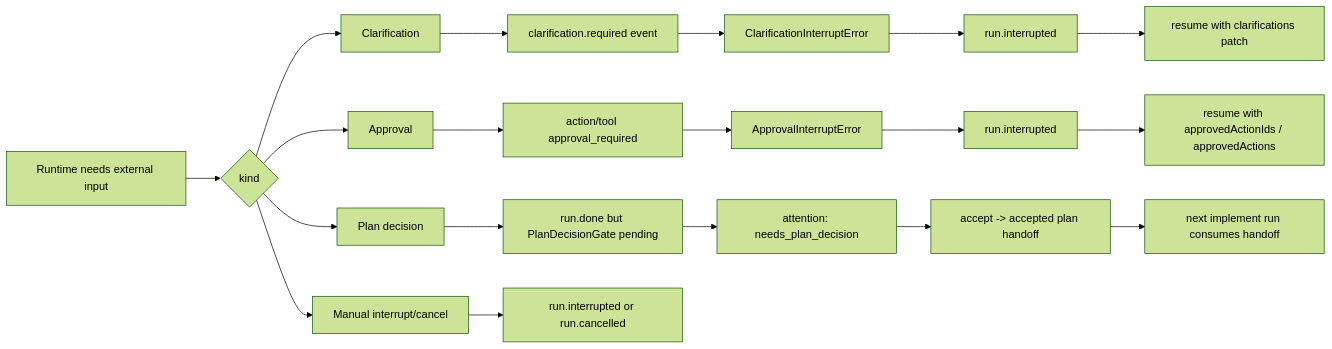
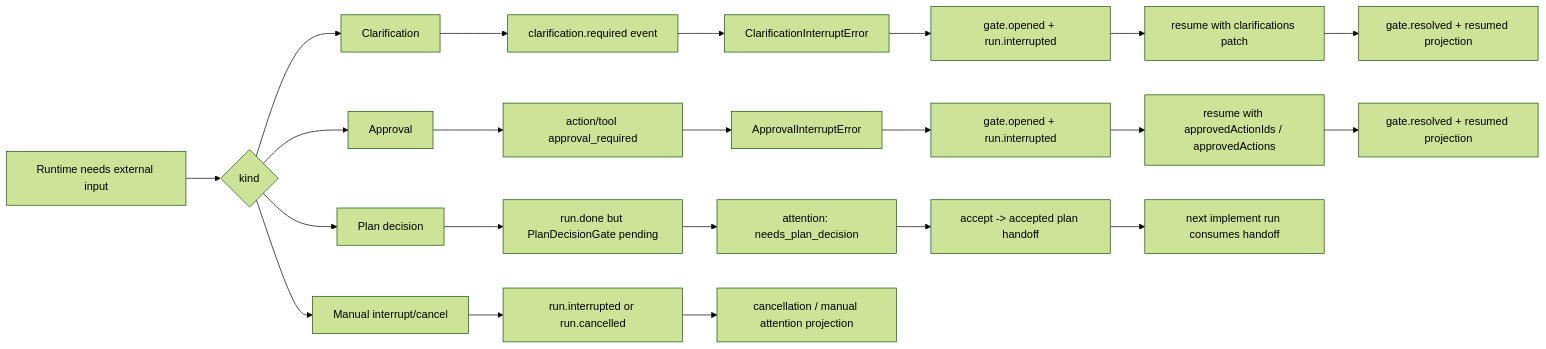
Before and after one commit to cemeworm/Ora: the fifth of 5 diagrams in docs/ora-runtime-loop.md, drawn with Mermaid (forest theme). The commit also changed other lines of this file and 1 other file, not shown here.

First line of the commit message:
docs: document Task Flow compatibility layer in runtime loop docs

````diff
--- a/docs/ora-runtime-loop.md
+++ b/docs/ora-runtime-loop.md
@@ -183,25 +225,28 @@
 ```mermaid
 flowchart LR
   A["Runtime needs external input"] --> B{"kind"}
   B --> C["Clarification"]
   B --> D["Approval"]
   B --> E["Plan decision"]
   B --> F["Manual interrupt/cancel"]
 
   C --> C1["clarification.required event"]
   C1 --> C2["ClarificationInterruptError"]
-  C2 --> C3["run.interrupted"]
+  C2 --> C3["gate.opened + run.interrupted"]
   C3 --> C4["resume with clarifications patch"]
+  C4 --> C5["gate.resolved + resumed projection"]
 
   D --> D1["action/tool approval_required"]
   D1 --> D2["ApprovalInterruptError"]
-  D2 --> D3["run.interrupted"]
+  D2 --> D3["gate.opened + run.interrupted"]
   D3 --> D4["resume with approvedActionIds / approvedActions"]
+  D4 --> D5["gate.resolved + resumed projection"]
 
   E --> E1["run.done but PlanDecisionGate pending"]
   E1 --> E2["attention: needs_plan_decision"]
   E2 --> E3["accept -> accepted plan handoff"]
   E3 --> E4["next implement run consumes handoff"]
 
   F --> F1["run.interrupted or run.cancelled"]
+  F1 --> F2["cancellation / manual attention projection"]
 ```
````
